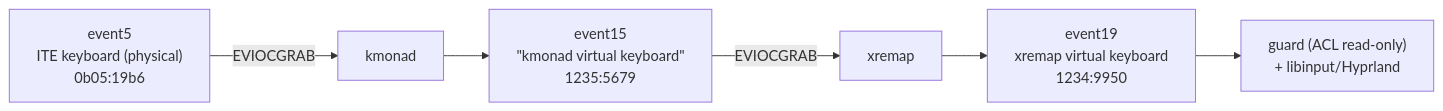
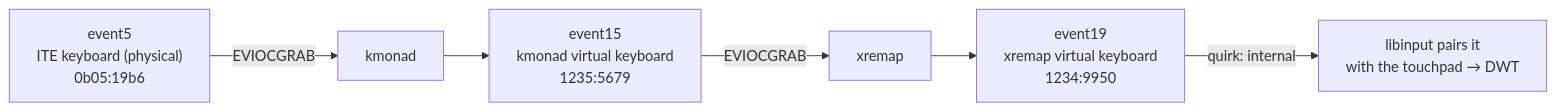
One commit to ceblan/omarchy-trackpad-guard changed the diagram in README.md. Above: the diagram before and after it, drawn with Mermaid. The commit also changed other lines of this file and 1 other file, not shown here.

First line of the commit message:
docs: rewrite the README for the native DWT design

````diff
--- a/README.md
+++ b/README.md
@@ -15,8 +15,8 @@
 ```mermaid
 flowchart LR
     A["event5<br>ITE keyboard (physical)<br>0b05:19b6"] -->|EVIOCGRAB| B["kmonad"]
-    B --> C["event15<br>#quot;kmonad virtual keyboard#quot;<br>1235:5679"]
+    B --> C["event15<br>kmonad virtual keyboard<br>1235:5679"]
     C -->|EVIOCGRAB| D["xremap"]
     D --> E["event19<br>xremap virtual keyboard<br>1234:9950"]
-    E --> F["guard (ACL read-only)<br>+ libinput/Hyprland"]
+    E -->|quirk: internal| F["libinput pairs it<br>with the touchpad → DWT"]
 ```
````
